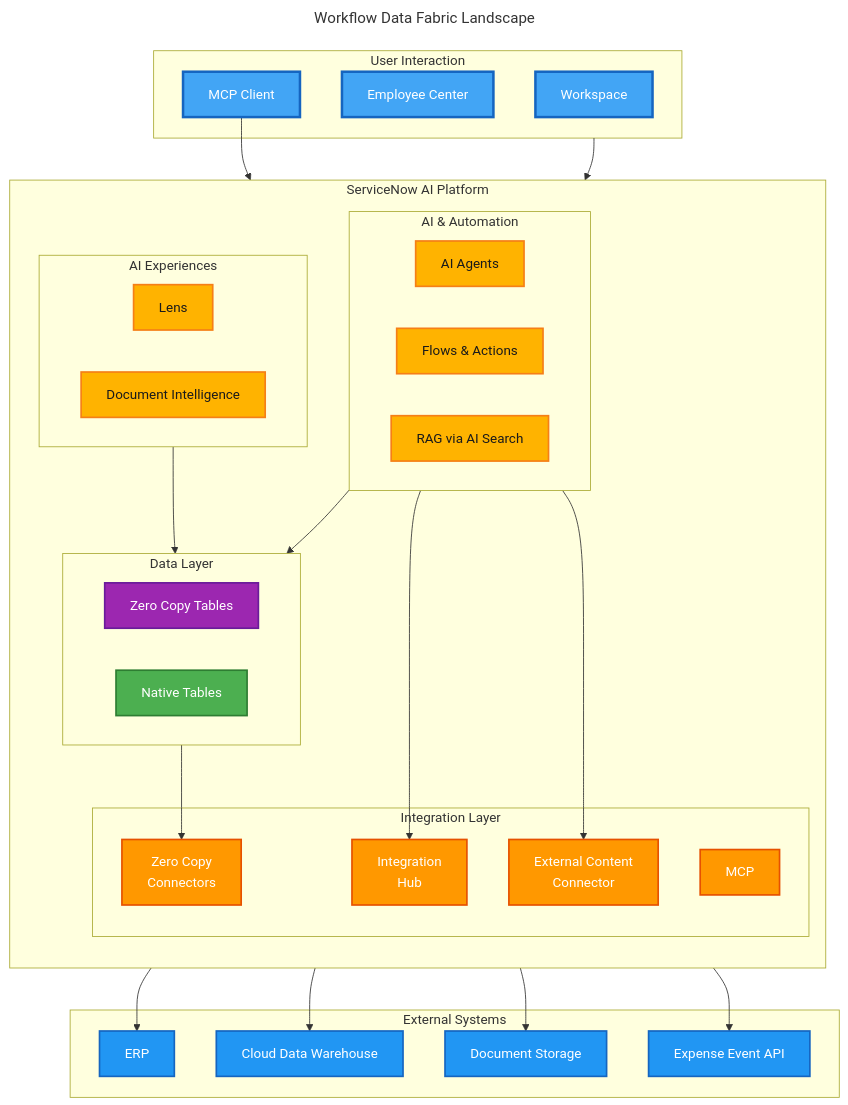
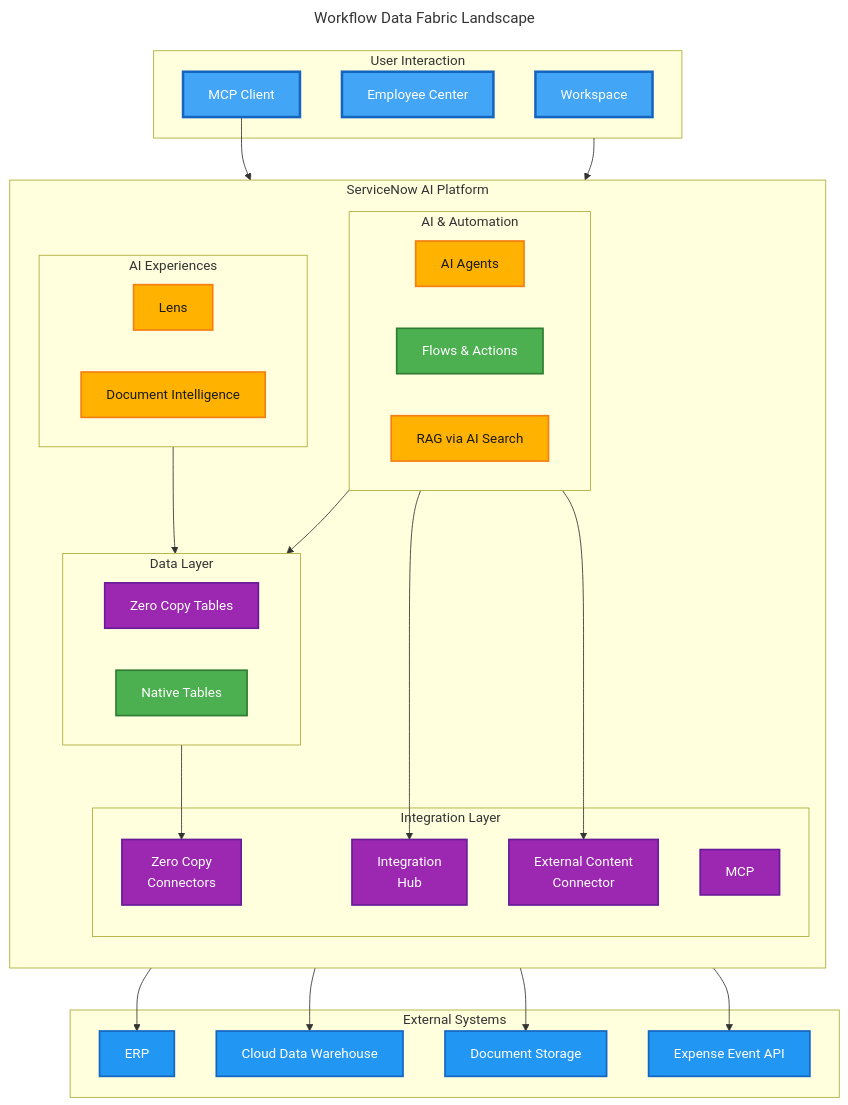
The fourth of 4 diagrams in data-and-flow-diagrams.md (leojacinto/WorkflowDataFabric-TypeA), drawn with Mermaid before and after one commit. The commit also changed other lines of this file and 6 other files, not shown here.

Commit message:
Consistent color scheme across all mermaid diagrams: nowassist (amber), platform (green), wdf (purple), external (blue), user (light blue)

````diff
--- a/data-and-flow-diagrams.md
+++ b/data-and-flow-diagrams.md
@@ -183,69 +163,69 @@
 ```mermaid fullWidth="true"
 ---
 title: Workflow Data Fabric Landscape
 ---
 graph TB
     subgraph USER["User Interaction"]
         WC["Workspace"]
         EC["Employee Center"]
         MCP_C["MCP Client"]
     end
 
     subgraph SNOW["ServiceNow AI Platform"]
         direction TB
         subgraph AI["AI & Automation"]
             AGENTS["AI Agents"]
             FLOWS["Flows & Actions"]
             RAG["RAG via AI Search"]
         end
         subgraph INT["Integration Layer"]
             ZCC["Zero Copy<br/>Connectors"]
             INTHUB["Integration<br/>Hub"]
             XCC["External Content<br/>Connector"]
             MCP_S["MCP"]
         end
         subgraph DATA["Data Layer"]
             ZCT["Zero Copy Tables"]
             NT["Native Tables"]
         end
         subgraph AX["AI Experiences"]
             LENS["Lens"]
             DOCINT["Document Intelligence"]
         end
     end
 
     subgraph EXT["External Systems"]
         ERP["ERP"]
         CDW["Cloud Data Warehouse"]
         DOC["Document Storage"]
         API["Expense Event API"]
     end
 
     USER --> AI
     MCP_C --> MCP_S
     AI --> DATA
     AX --> DATA
     DATA --> ZCC
     ZCC --> ERP
     ZCC --> CDW
     AI --> INTHUB
     INTHUB --> API
     AI --> XCC
     XCC --> DOC
 
     %% Styling
     classDef external fill:#2196F3,stroke:#1565C0,stroke-width:2px,color:#fff
-    classDef integration fill:#FF9800,stroke:#E65100,stroke-width:2px,color:#fff
-    classDef zeroCopy fill:#9C27B0,stroke:#6A1B9A,stroke-width:2px,color:#fff
-    classDef native fill:#4CAF50,stroke:#2E7D32,stroke-width:2px,color:#fff
-    classDef ai fill:#FFB300,stroke:#F57F17,stroke-width:2px,color:#1a1a1a
     classDef user fill:#42A5F5,stroke:#1565C0,stroke-width:3px,color:#fff
+    classDef nowassist fill:#FFB300,stroke:#F57F17,stroke-width:2px,color:#1a1a1a
+    classDef platform fill:#4CAF50,stroke:#2E7D32,stroke-width:2px,color:#fff
+    classDef wdf fill:#9C27B0,stroke:#6A1B9A,stroke-width:2px,color:#fff
 
     class ERP,CDW,DOC,API external
-    class ZCC,INTHUB,XCC,MCP_S integration
-    class ZCT zeroCopy
-    class NT native
-    class AGENTS,FLOWS,RAG ai
-    class LENS,DOCINT ai
+    class ZCC,INTHUB,XCC,MCP_S wdf
+    class ZCT wdf
+    class NT platform
+    class AGENTS,RAG nowassist
+    class FLOWS platform
+    class LENS,DOCINT nowassist
     class WC,EC,MCP_C user
 ```
````
